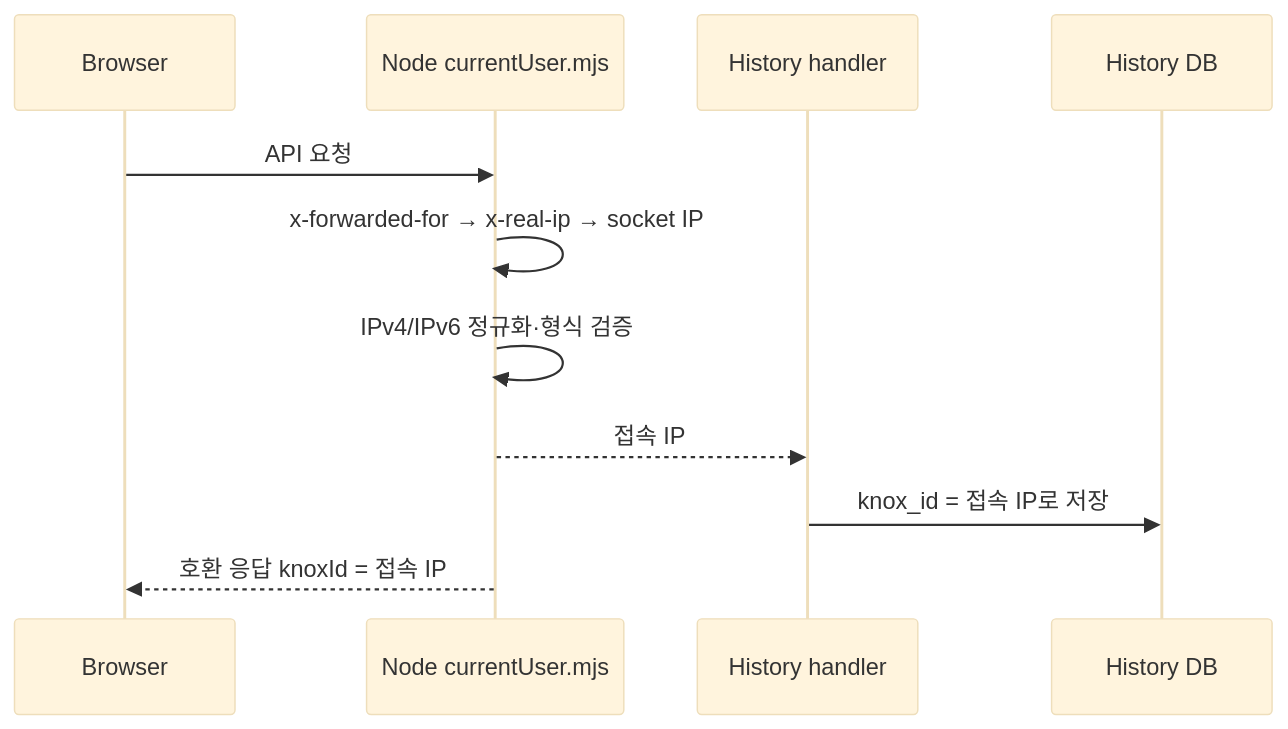
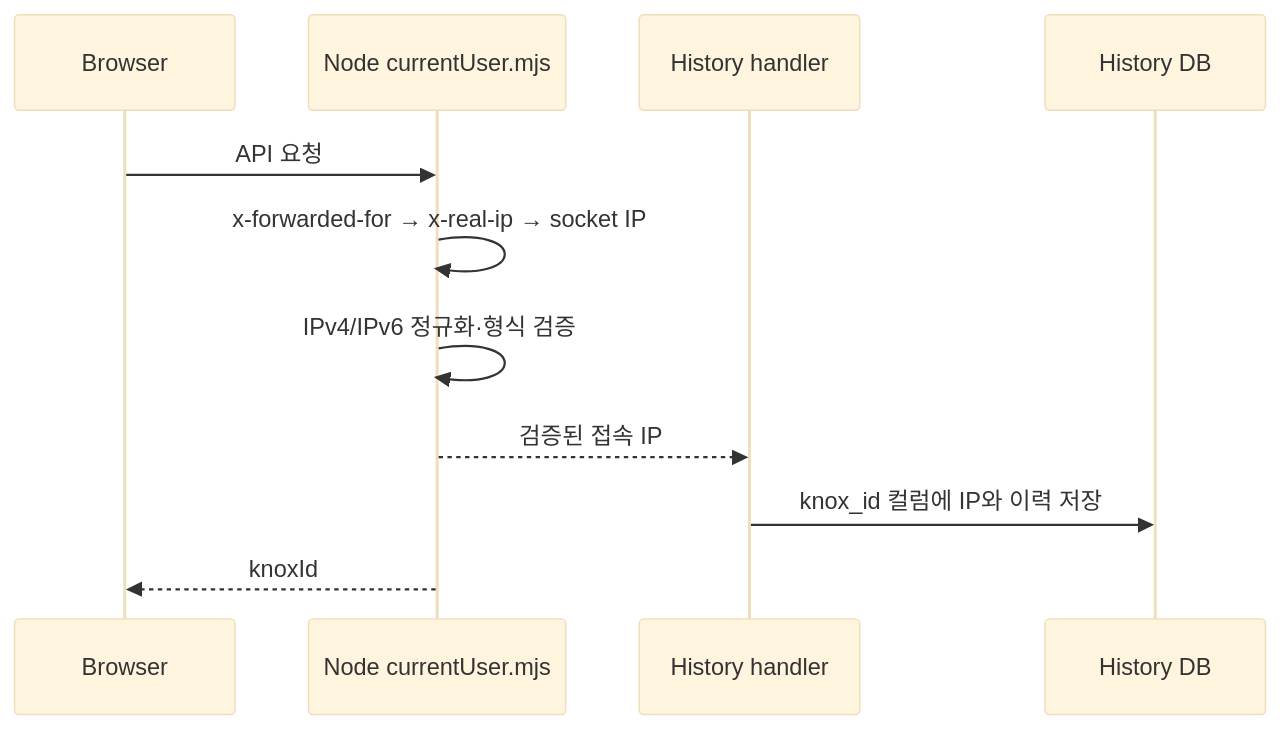
One commit to mlbarod/l0_spider_scs changed diagram 12 of 12 in web_structure.md. Above: the diagram before and after it, drawn with Mermaid (base theme). The commit also changed other lines of this file and 30 other files, not shown here.

````diff
--- a/web_structure.md
+++ b/web_structure.md
@@ -605,14 +605,14 @@
 ```mermaid
 sequenceDiagram
     participant B as Browser
     participant N as Node currentUser.mjs
     participant H as History handler
     participant D as History DB
 
     B->>N: API 요청
     N->>N: x-forwarded-for → x-real-ip → socket IP
     N->>N: IPv4/IPv6 정규화·형식 검증
-    N-->>H: 접속 IP
-    H->>D: knox_id = 접속 IP로 저장
-    N-->>B: 호환 응답 knoxId = 접속 IP
+    N-->>H: 검증된 접속 IP
+    H->>D: knox_id 컬럼에 IP와 이력 저장
+    N-->>B: knoxId
 ```
````
